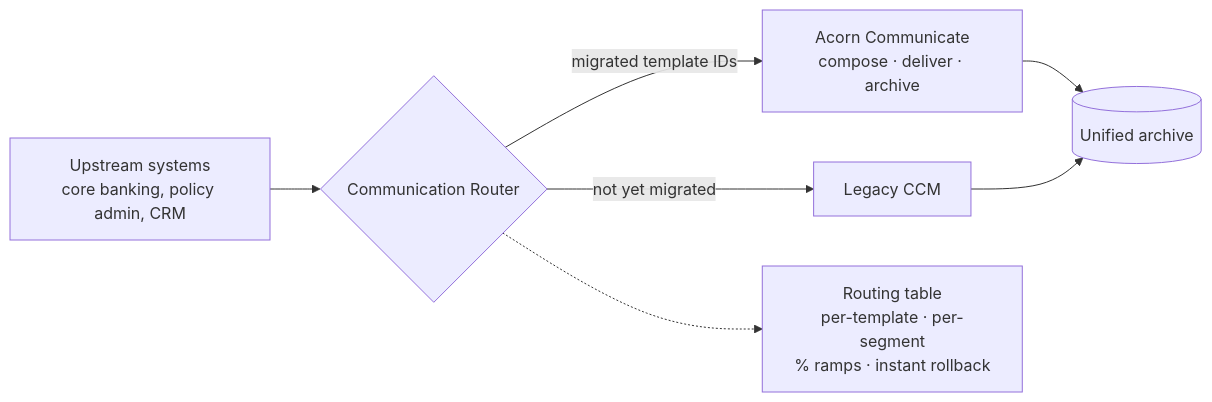
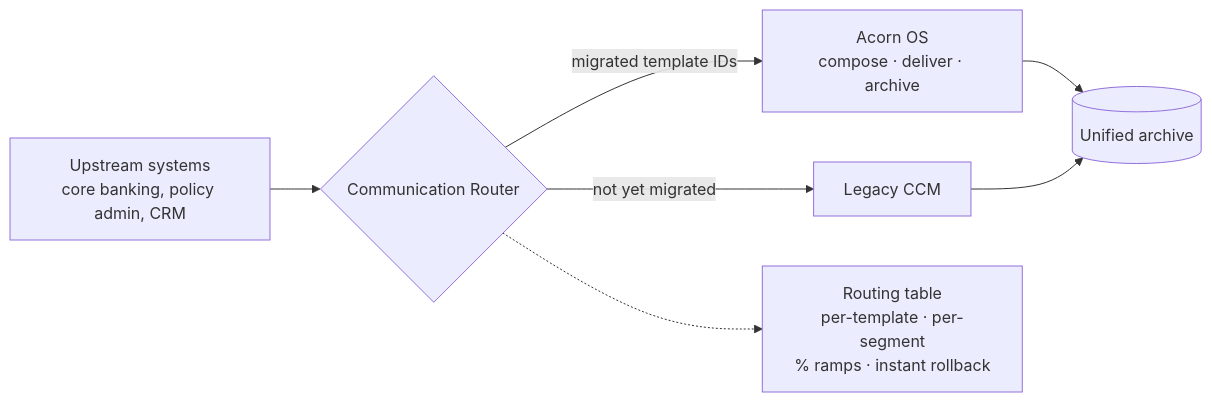
One commit to alanburger88/Acorn.Access changed the sixth of 6 diagrams in platform/09-migration-strategy.md. Above: the diagram before and after it, drawn with Mermaid. The commit also changed other lines of this file and 158 other files, not shown here.

````diff
--- a/platform/09-migration-strategy.md
+++ b/platform/09-migration-strategy.md
@@ -397,9 +397,9 @@
 ```mermaid
 flowchart LR
     U[Upstream systems\ncore banking, policy admin, CRM] --> R{Communication Router}
-    R -->|migrated template IDs| N[Acorn Communicate\ncompose · deliver · archive]
+    R -->|migrated template IDs| N[Acorn OS\ncompose · deliver · archive]
     R -->|not yet migrated| L[Legacy CCM]
     N --> AR[(Unified archive)]
     L --> AR
     R -.-> T[Routing table\nper-template · per-segment\n% ramps · instant rollback]
 ```
````
